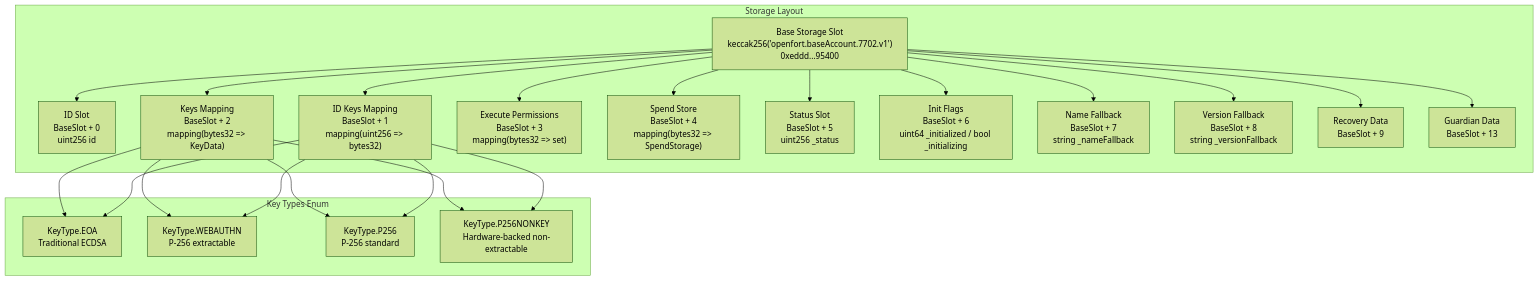
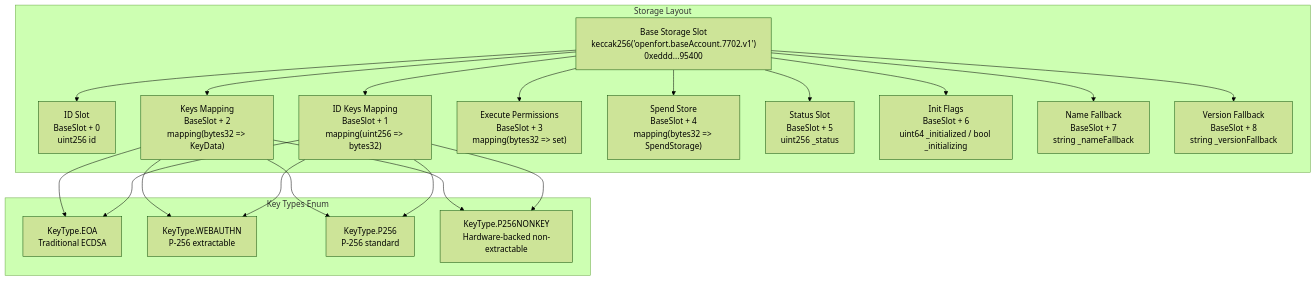
Before and after one commit to openfort-xyz/openfort-7702-account: the second of 3 diagrams in docs/Architecture.md, drawn with Mermaid (forest theme). The commit also changed other lines of this file, not shown here.

Commit message:
(docs) fix docs/Architecture.md

````diff
--- a/docs/Architecture.md
+++ b/docs/Architecture.md
@@ -297,49 +320,45 @@
 ```mermaid
 flowchart TD
     subgraph "Storage Layout"
         BaseSlot["Base Storage Slot<br/>keccak256('openfort.baseAccount.7702.v1')<br/>0xeddd...95400"]
         
         IdSlot["ID Slot<br/>BaseSlot + 0<br/>uint256 id"]
         IdKeysSlot["ID Keys Mapping<br/>BaseSlot + 1<br/>mapping(uint256 => bytes32)"]
         KeysSlot["Keys Mapping<br/>BaseSlot + 2<br/>mapping(bytes32 => KeyData)"]
         PermissionsSlot["Execute Permissions<br/>BaseSlot + 3<br/>mapping(bytes32 => set)"]
         SpendSlot["Spend Store<br/>BaseSlot + 4<br/>mapping(bytes32 => SpendStorage)"]
         StatusSlot["Status Slot<br/>BaseSlot + 5<br/>uint256 _status"]
         InitSlot["Init Flags<br/>BaseSlot + 6<br/>uint64 _initialized / bool _initializing"]
         NameSlot["Name Fallback<br/>BaseSlot + 7<br/>string _nameFallback"]
         VersionSlot["Version Fallback<br/>BaseSlot + 8<br/>string _versionFallback"]
-        RecoverySlot["Recovery Data<br/>BaseSlot + 9"]
-        GuardianSlot["Guardian Data<br/>BaseSlot + 13"]
     end
     
     subgraph "Key Types Enum"
         EOAType["KeyType.EOA<br/>Traditional ECDSA"]
         WebAuthnType["KeyType.WEBAUTHN<br/>P-256 extractable"]
         P256Type["KeyType.P256<br/>P-256 standard"]
         P256NonKeyType["KeyType.P256NONKEY<br/>Hardware-backed non-extractable"]
     end
 
     %% Storage slot connections
     BaseSlot --> IdSlot
     BaseSlot --> IdKeysSlot
     BaseSlot --> KeysSlot
     BaseSlot --> PermissionsSlot
     BaseSlot --> SpendSlot
     BaseSlot --> StatusSlot
     BaseSlot --> InitSlot
     BaseSlot --> NameSlot
     BaseSlot --> VersionSlot
-    BaseSlot --> RecoverySlot
-    BaseSlot --> GuardianSlot
     
     %% Key mappings to key types
     KeysSlot --> EOAType
     KeysSlot --> WebAuthnType
     KeysSlot --> P256Type
     KeysSlot --> P256NonKeyType
     
     IdKeysSlot --> EOAType
     IdKeysSlot --> WebAuthnType
     IdKeysSlot --> P256Type
     IdKeysSlot --> P256NonKeyType
 ```
````
